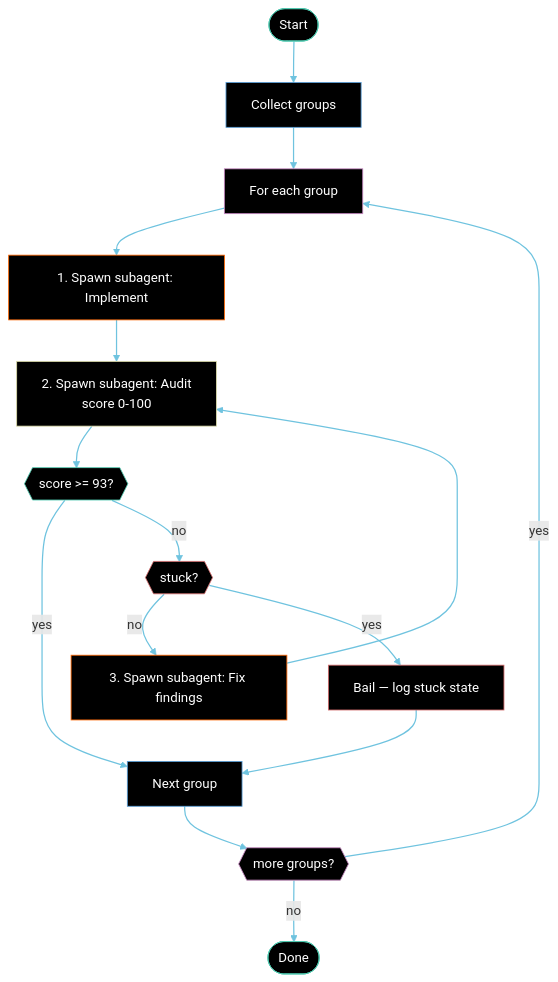
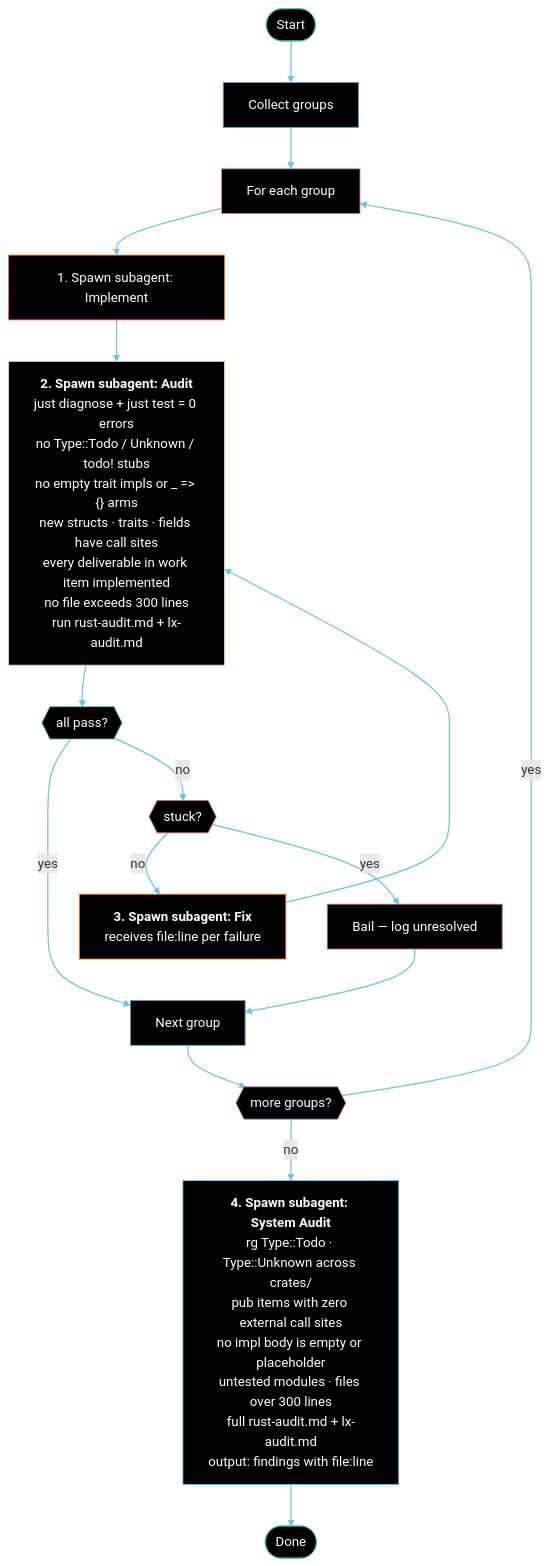
Before and after one commit to Distortedlogic/lx: the diagram in WORKFLOW.mmd, drawn with Mermaid. The commit also changed 41 other files, not shown here.

Commit message:
Update DIAGRAM.mmd, DIAGRAM.png, WORKFLOW.mmd, and 39 more files

```diff
--- a/WORKFLOW.mmd
+++ b/WORKFLOW.mmd
@@ -1,30 +1,46 @@
 graph TD
     start(["Start"]):::teal
     start --> groups["Collect groups"]:::blue
     groups --> loop_start["For each group"]:::purple
 
     loop_start --> implement["1. Spawn subagent: Implement"]:::orange
-    implement --> audit["2. Spawn subagent: Audit\nscore 0-100"]:::yellow
-    audit --> check{{"score >= 93?"}}:::teal
+    implement --> audit["`**2. Spawn subagent: Audit**
+just diagnose + just test = 0 errors
+no Type::Todo / Unknown / todo! stubs
+no empty trait impls or _ => {} arms
+new structs · traits · fields have call sites
+every deliverable in work item implemented
+no file exceeds 300 lines
+run rust-audit.md + lx-audit.md`"]:::yellow
+    audit --> check{{"all pass?"}}:::teal
 
     check -- "yes" --> next_group["Next group"]:::blue
     check -- "no" --> stuck{{"stuck?"}}:::red
 
-    stuck -- "no" --> fix["3. Spawn subagent: Fix findings"]:::orange
+    stuck -- "no" --> fix["`**3. Spawn subagent: Fix**
+receives file:line per failure`"]:::orange
     fix --> audit
 
-    stuck -- "yes" --> bail["Bail — log stuck state"]:::red
+    stuck -- "yes" --> bail["Bail — log unresolved"]:::red
     bail --> next_group
 
     next_group --> more{{"more groups?"}}:::purple
     more -- "yes" --> loop_start
-    more -- "no" --> done(["Done"]):::teal
+    more -- "no" --> sys_audit["`**4. Spawn subagent: System Audit**
+rg Type::Todo · Type::Unknown across crates/
+pub items with zero external call sites
+no impl body is empty or placeholder
+untested modules · files over 300 lines
+full rust-audit.md + lx-audit.md
+output: findings with file:line`"]:::cyan
+    sys_audit --> done(["Done"]):::teal
 
     classDef teal fill:#000,stroke:#4ec9b0,color:#fff
     classDef blue fill:#000,stroke:#569cd6,color:#fff
     classDef purple fill:#000,stroke:#c586c0,color:#fff
     classDef orange fill:#000,stroke:#ff6600,color:#fff
     classDef yellow fill:#000,stroke:#dcdcaa,color:#fff
     classDef red fill:#000,stroke:#d16969,color:#fff
+    classDef cyan fill:#000,stroke:#4fc1ff,color:#fff
 
     linkStyle default stroke:#6fc3df,stroke-width:1.5px
```
